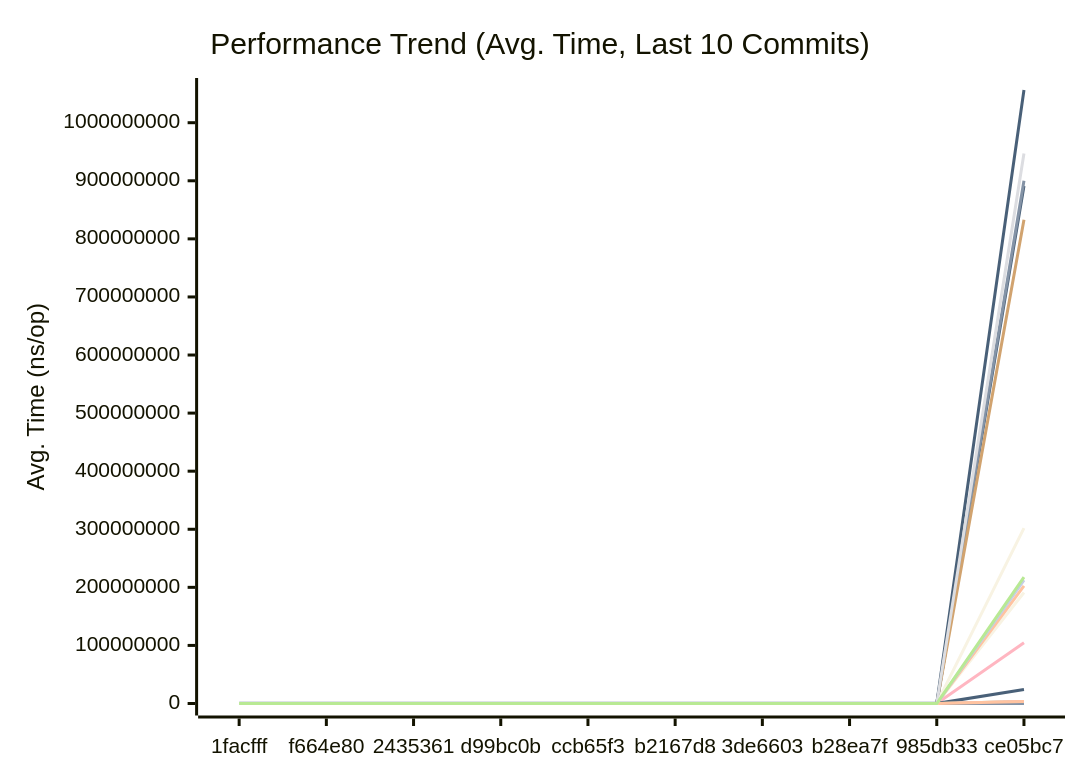
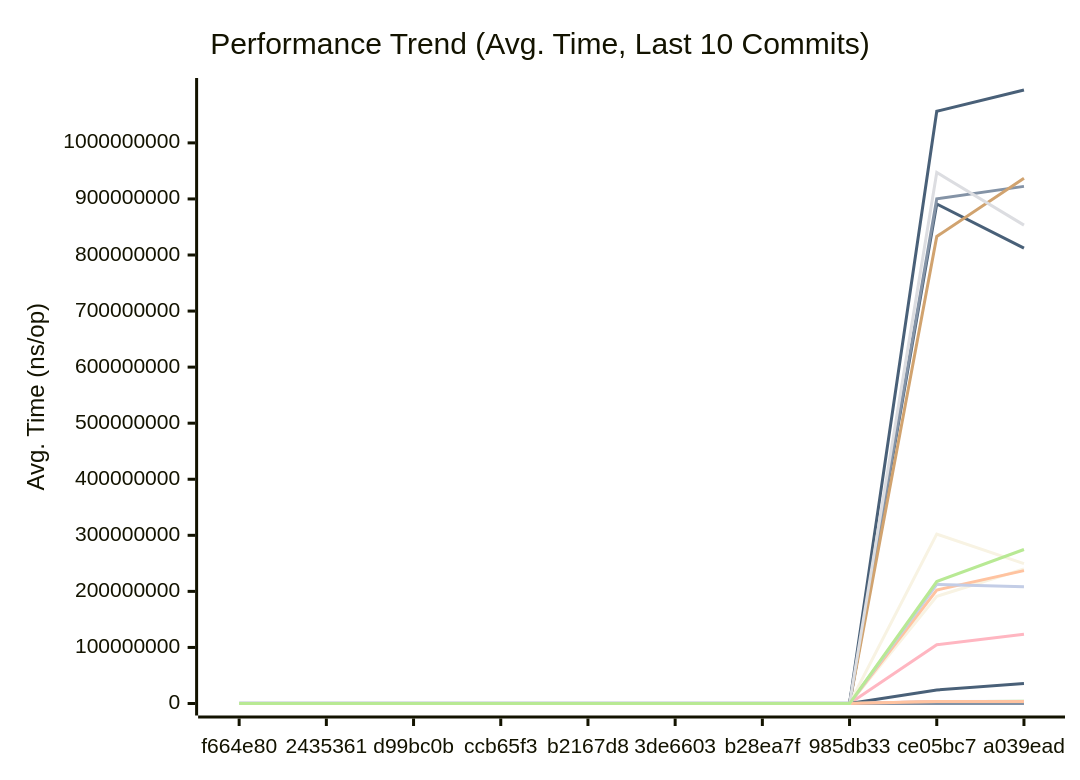
The first of 3 diagrams in docs/PERFORMANCE.md (alsotoes/momo), drawn with Mermaid before and after one commit. The commit also changed other lines of this file and 42 other files, not shown here.

````diff
--- a/docs/PERFORMANCE.md
+++ b/docs/PERFORMANCE.md
@@ -252,42 +252,42 @@
 ```mermaid
 xychart-beta
     title "Performance Trend (Avg. Time, Last 10 Commits)"
     x-axis "Commit"
     y-axis "Avg. Time (ns/op)"
-    x-axis [1facfff,f664e80,2435361,d99bc0b,ccb65f3,b2167d8,3de6603,b28ea7f,985db33,ce05bc7]
-    line "AWSChunkedReaderSigned" [489981,418132,447933,454201,498260,437140,488574,498069,465911,433775]
-    line "AWSChunkedReaderUnsigned" [502752,400163,434167,472936,515178,422333,429659,468690,435995,410570]
-    line "CheckMetricsAndSwap" [10,7,8,11,10,8,8,11,8,8]
-    line "CrushOptimized" [313,300,360,327,392,318,363,314,313,296]
-    line "CrushOriginal" [474,395,414,473,508,433,434,468,438,389]
-    line "FormatListObjectsV2XML_AppendFormat" [0,0,0,0,0,0,0,0,0,585500]
-    line "FormatListObjectsV2XML_OldFormat" [0,0,0,0,0,0,0,0,0,385936]
-    line "HashBytes/1MiB" [0,0,0,0,0,0,0,0,0,2943044]
-    line "HashBytes/256MiB" [0,0,0,0,0,0,0,0,0,890920045]
-    line "HashBytes/64MiB" [0,0,0,0,0,0,0,0,0,191159849]
-    line "HashFile/1MiB" [0,0,0,0,0,0,0,0,0,3438255]
-    line "HashFile/256MiB" [0,0,0,0,0,0,0,0,0,900152012]
-    line "HashFile/64MiB" [0,0,0,0,0,0,0,0,0,202378726]
+    x-axis [f664e80,2435361,d99bc0b,ccb65f3,b2167d8,3de6603,b28ea7f,985db33,ce05bc7,a039ead]
+    line "AWSChunkedReaderSigned" [418132,447933,454201,498260,437140,488574,498069,465911,433775,468904]
+    line "AWSChunkedReaderUnsigned" [400163,434167,472936,515178,422333,429659,468690,435995,410570,459580]
+    line "CheckMetricsAndSwap" [7,8,11,10,8,8,11,8,8,8]
+    line "CrushOptimized" [300,360,327,392,318,363,314,313,296,324]
+    line "CrushOriginal" [395,414,473,508,433,434,468,438,389,424]
+    line "FormatListObjectsV2XML_AppendFormat" [0,0,0,0,0,0,0,0,585500,632895]
+    line "FormatListObjectsV2XML_OldFormat" [0,0,0,0,0,0,0,0,385936,392685]
+    line "HashBytes/1MiB" [0,0,0,0,0,0,0,0,2943044,3455198]
+    line "HashBytes/256MiB" [0,0,0,0,0,0,0,0,890920045,812286372]
+    line "HashBytes/64MiB" [0,0,0,0,0,0,0,0,191159849,239861268]
+    line "HashFile/1MiB" [0,0,0,0,0,0,0,0,3438255,3866812]
+    line "HashFile/256MiB" [0,0,0,0,0,0,0,0,900152012,922386758]
+    line "HashFile/64MiB" [0,0,0,0,0,0,0,0,202378726,236988193]
     line "IndexDirectTracking" [0,0,0,0,0,0,0,0,0,0]
-    line "IndexSearch" [3,3,3,3,3,3,2,2,2,3]
-    line "LoadGlobalConfig" [9546,7608,8267,9369,9892,8516,8353,9052,8987,8373]
-    line "LocalWrite/1MiB" [0,0,0,0,0,0,0,0,0,386344]
-    line "LocalWrite/256MiB" [0,0,0,0,0,0,0,0,0,104739454]
-    line "LocalWrite/64MiB" [0,0,0,0,0,0,0,0,0,24065226]
-    line "PadString" [49,39,40,55,47,40,42,47,44,41]
+    line "IndexSearch" [3,3,3,3,3,2,2,2,3,3]
+    line "LoadGlobalConfig" [7608,8267,9369,9892,8516,8353,9052,8987,8373,9135]
+    line "LocalWrite/1MiB" [0,0,0,0,0,0,0,0,386344,535333]
+    line "LocalWrite/256MiB" [0,0,0,0,0,0,0,0,104739454,123322682]
+    line "LocalWrite/64MiB" [0,0,0,0,0,0,0,0,24065226,35686954]
+    line "PadString" [39,40,55,47,40,42,47,44,41,47]
     line "ParseReplicationOrder_NoPrealloc" [350,349,357,354,345,225,229,165,232,234]
     line "ParseReplicationOrder_Prealloc" [229,231,237,234,229,108,107,80,110,109]
-    line "Placement" [0,0,0,0,0,0,0,0,0,4402]
-    line "PlacementDomainSpread" [0,0,0,0,0,0,0,0,0,4713]
-    line "ReadVerify/1MiB" [0,0,0,0,0,0,0,0,0,3322226]
-    line "ReadVerify/256MiB" [0,0,0,0,0,0,0,0,0,833047448]
-    line "ReadVerify/64MiB" [0,0,0,0,0,0,0,0,0,212456699]
-    line "S3PutSpool/1MiB" [0,0,0,0,0,0,0,0,0,3659136]
-    line "S3PutSpool/256MiB" [0,0,0,0,0,0,0,0,0,1056311038]
-    line "S3PutSpool/64MiB" [0,0,0,0,0,0,0,0,0,302092155]
-    line "SanitizeLog/Safe" [240,224,240,236,244,225,243,248,275,222]
-    line "SanitizeLog/Unsafe" [861,650,706,809,898,695,698,749,710,674]
-    line "TrustedRead/1MiB" [0,0,0,0,0,0,0,0,0,3530931]
-    line "TrustedRead/256MiB" [0,0,0,0,0,0,0,0,0,947127786]
-    line "TrustedRead/64MiB" [0,0,0,0,0,0,0,0,0,217573714]
+    line "Placement" [0,0,0,0,0,0,0,0,4402,4818]
+    line "PlacementDomainSpread" [0,0,0,0,0,0,0,0,4713,5072]
+    line "ReadVerify/1MiB" [0,0,0,0,0,0,0,0,3322226,4158622]
+    line "ReadVerify/256MiB" [0,0,0,0,0,0,0,0,833047448,936726754]
+    line "ReadVerify/64MiB" [0,0,0,0,0,0,0,0,212456699,208430448]
+    line "S3PutSpool/1MiB" [0,0,0,0,0,0,0,0,3659136,3725511]
+    line "S3PutSpool/256MiB" [0,0,0,0,0,0,0,0,1056311038,1094320670]
+    line "S3PutSpool/64MiB" [0,0,0,0,0,0,0,0,302092155,249542876]
+    line "SanitizeLog/Safe" [224,240,236,244,225,243,248,275,222,246]
+    line "SanitizeLog/Unsafe" [650,706,809,898,695,698,749,710,674,741]
+    line "TrustedRead/1MiB" [0,0,0,0,0,0,0,0,3530931,3629261]
+    line "TrustedRead/256MiB" [0,0,0,0,0,0,0,0,947127786,853259220]
+    line "TrustedRead/64MiB" [0,0,0,0,0,0,0,0,217573714,274674598]
 ```
````
